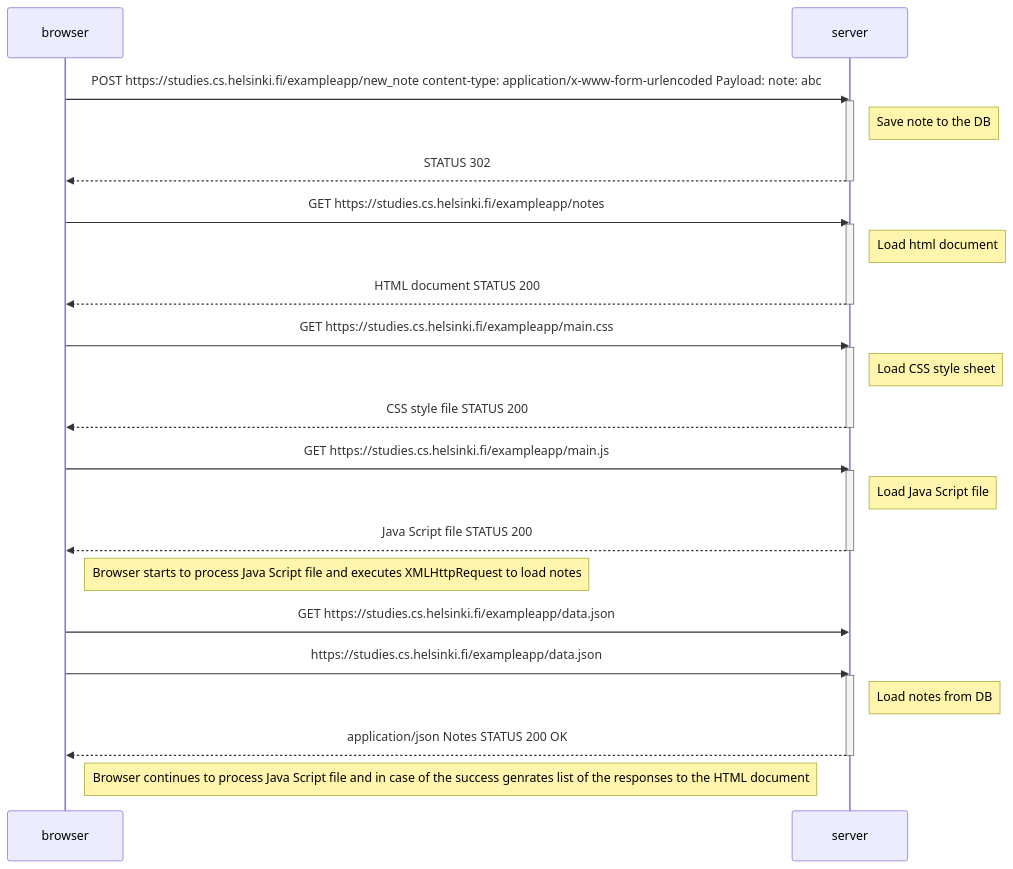
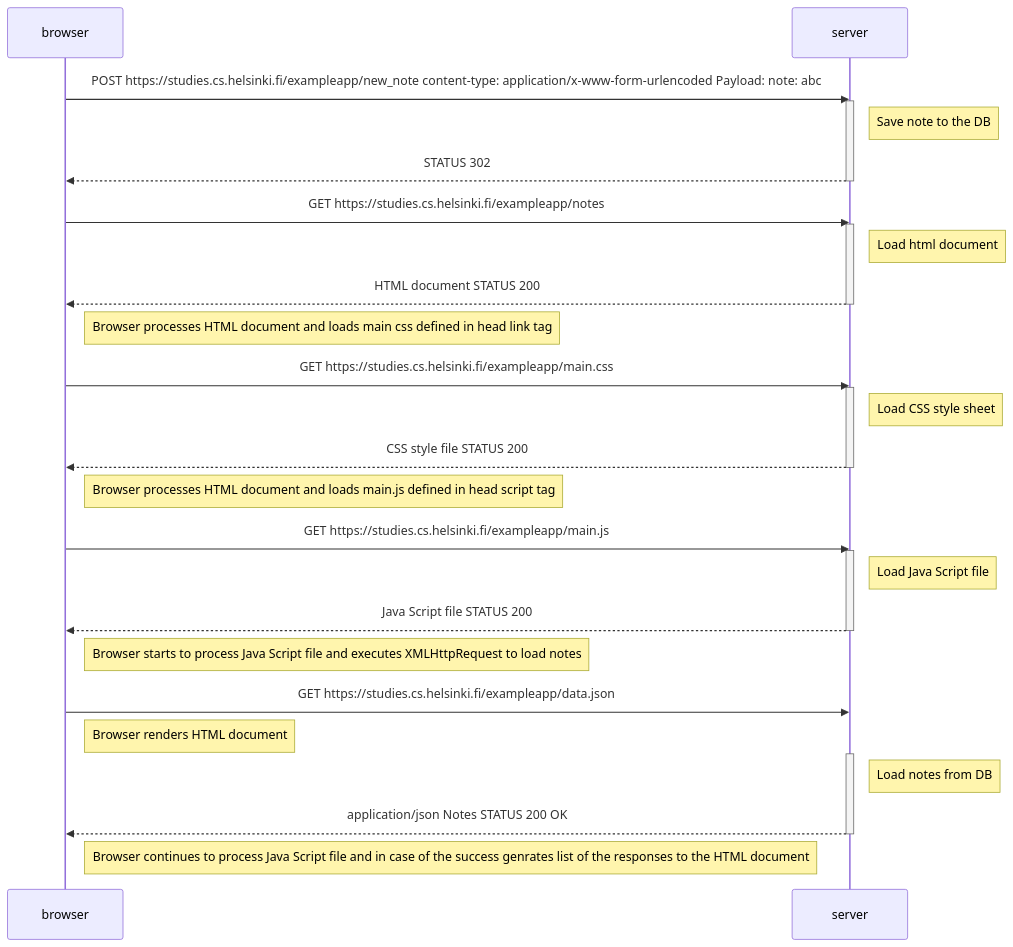
One commit to msopanen/fullstackopen changed the diagram in part0/exercise-0.4.md. Above: the diagram before and after it, drawn with Mermaid.

Commit message:
Add exercise-0.4.md
Adding first exercise.

````diff
--- a/part0/exercise-0.4.md
+++ b/part0/exercise-0.4.md
@@ -1,43 +1,46 @@
 ```mermaid
 sequenceDiagram
     participant browser
     participant server
     
     browser->>server: POST https://studies.cs.helsinki.fi/exampleapp/new_note content-type: application/x-www-form-urlencoded Payload: note: abc
     activate server
         Note right of server: Save note to the DB
         server-->>browser: STATUS 302
     deactivate server
     
 
     browser->>server: GET https://studies.cs.helsinki.fi/exampleapp/notes
     activate server
         Note right of server: Load html document
         server-->>browser: HTML document  STATUS 200
     deactivate server
 
+    Note right of browser: Browser processes HTML document and loads main css defined in head link tag
+
     browser->>server: GET https://studies.cs.helsinki.fi/exampleapp/main.css
     activate server
         Note right of server: Load CSS style sheet
         server-->>browser: CSS style file  STATUS 200
     deactivate server
+
+    Note right of browser: Browser processes HTML document and loads main.js defined in head script tag
 
     browser->>server: GET https://studies.cs.helsinki.fi/exampleapp/main.js
     activate server
         Note right of server: Load Java Script file
         server-->>browser: Java Script file  STATUS 200
     deactivate server
 
-    
     Note right of browser: Browser starts to process Java Script file and executes XMLHttpRequest to load notes
 
         browser->>server: GET https://studies.cs.helsinki.fi/exampleapp/data.json
-
-    browser->>server: https://studies.cs.helsinki.fi/exampleapp/data.json
+    Note right of browser: Browser renders HTML document
+    
     activate server
         Note right of server: Load notes from DB
         server-->>browser: application/json Notes  STATUS 200 OK
     deactivate server
     
     Note right of browser: Browser continues to process Java Script file and in case of the success genrates list of the responses to the HTML document
 ```
````
